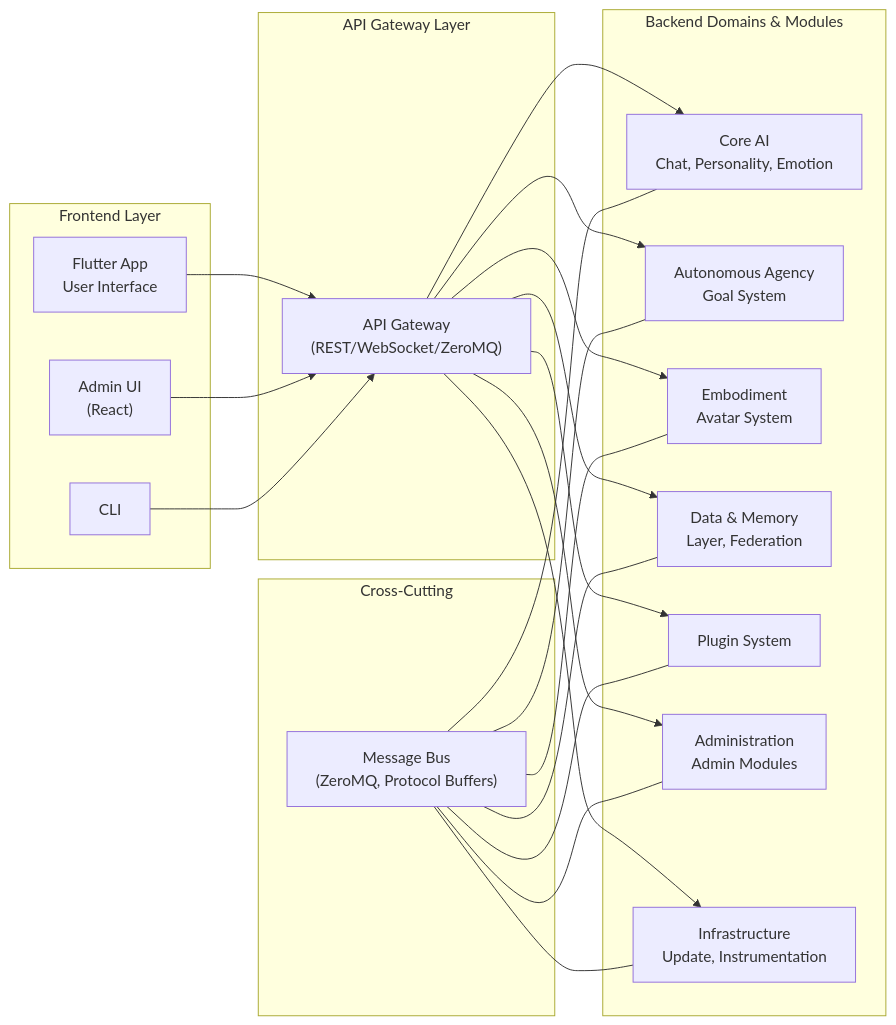
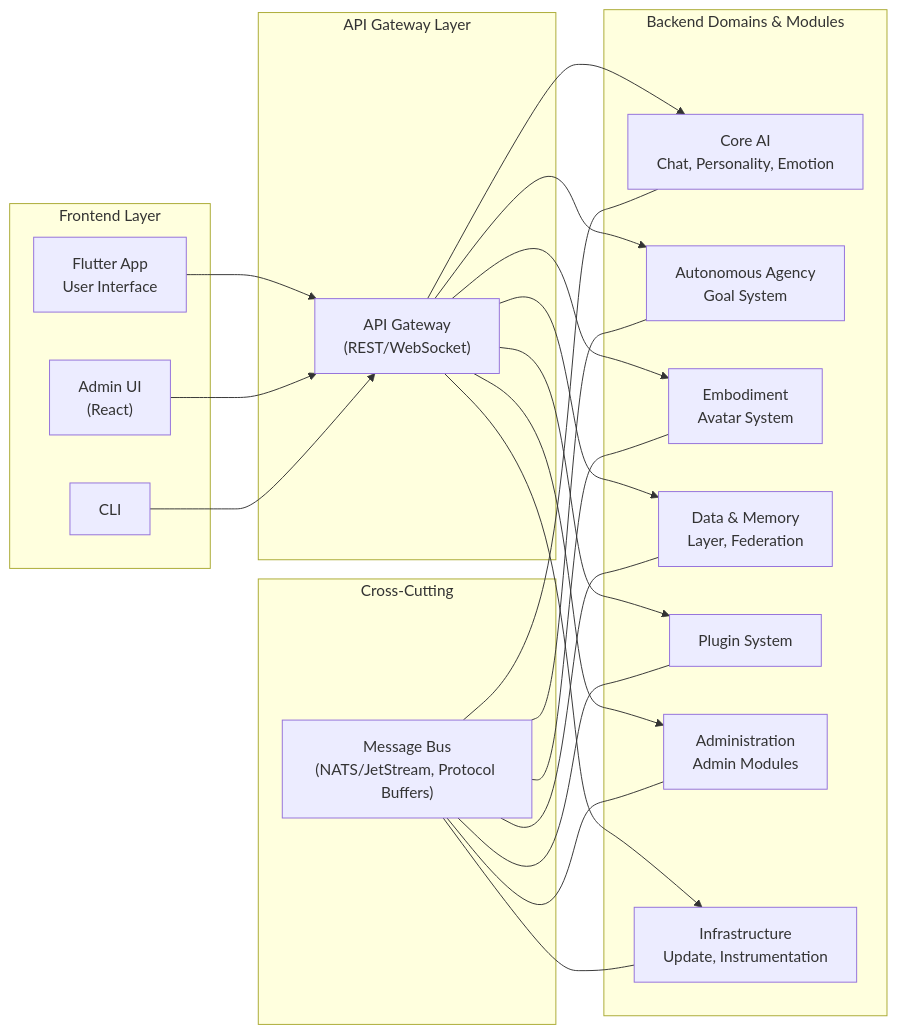
One commit to boeni-industries/aico changed the diagram in docs/architecture/architecture-overview.md. Above: the diagram before and after it, drawn with Mermaid. The commit also changed other lines of this file and 3 other files, not shown here.

First line of the commit message:
docs: update architecture documentation to reflect NATS migration and PostgreSQL-backed storage

````diff
--- a/docs/architecture/architecture-overview.md
+++ b/docs/architecture/architecture-overview.md
@@ -395,47 +396,47 @@
 ```mermaid
 flowchart LR
     subgraph Frontend [Frontend Layer]
         UI["Flutter App<br/>User Interface"]
         ADMIN_UI["Admin UI<br/>(React)"]
         CLI["CLI"]
     end
 
     subgraph Gateway [API Gateway Layer]
-        APIGW["API Gateway<br/>(REST/WebSocket/ZeroMQ)"]
+        APIGW["API Gateway<br/>(REST/WebSocket)"]
     end
 
     subgraph Backend [Backend Domains & Modules]
         CORE_AI["Core AI<br/>Chat, Personality, Emotion"]
         AUTONOMY["Autonomous Agency<br/>Goal System"]
         EMBODIMENT["Embodiment<br/>Avatar System"]
         DATA["Data & Memory<br/>Layer, Federation"]
         PLUGIN["Plugin System"]
         ADMIN_DOMAIN["Administration<br/>Admin Modules"]
         INFRA["Infrastructure<br/>Update, Instrumentation"]
     end
 
     subgraph Infra [Cross-Cutting]
-        BUS["Message Bus<br/>(ZeroMQ, Protocol Buffers)"]
+        BUS["Message Bus<br/>(NATS/JetStream, Protocol Buffers)"]
     end
 
     %% Connections
     UI --> APIGW
     ADMIN_UI --> APIGW
     CLI --> APIGW
 
     APIGW --> CORE_AI
     APIGW --> AUTONOMY
     APIGW --> EMBODIMENT
     APIGW --> DATA
     APIGW --> PLUGIN
     APIGW --> ADMIN_DOMAIN
     APIGW --> INFRA
 
     BUS --- CORE_AI
     BUS --- AUTONOMY
     BUS --- EMBODIMENT
     BUS --- DATA
     BUS --- PLUGIN
     BUS --- ADMIN_DOMAIN
     BUS --- INFRA
 ```
````
